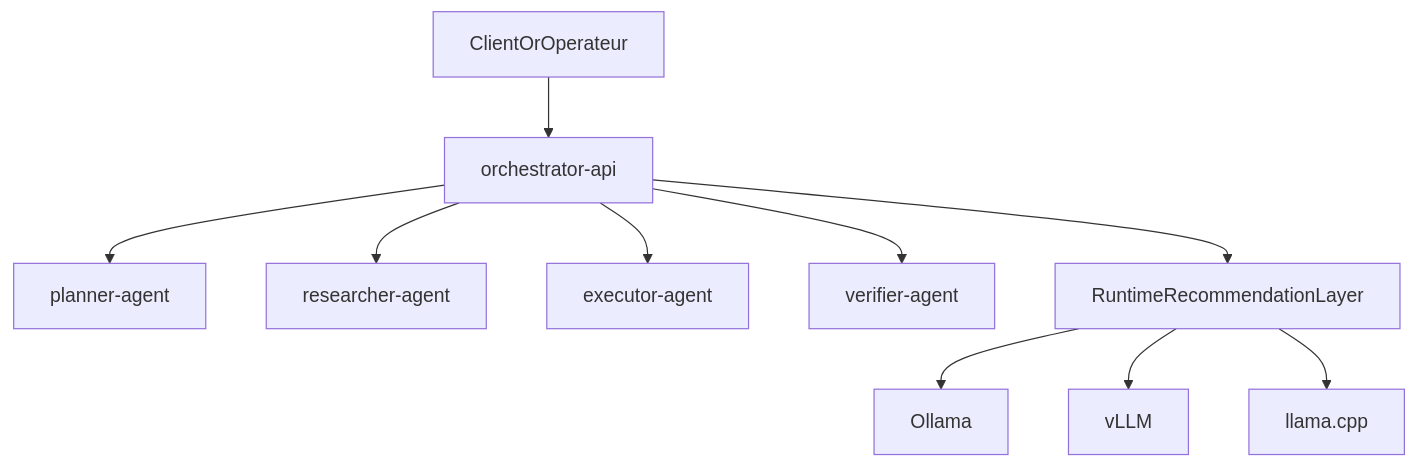
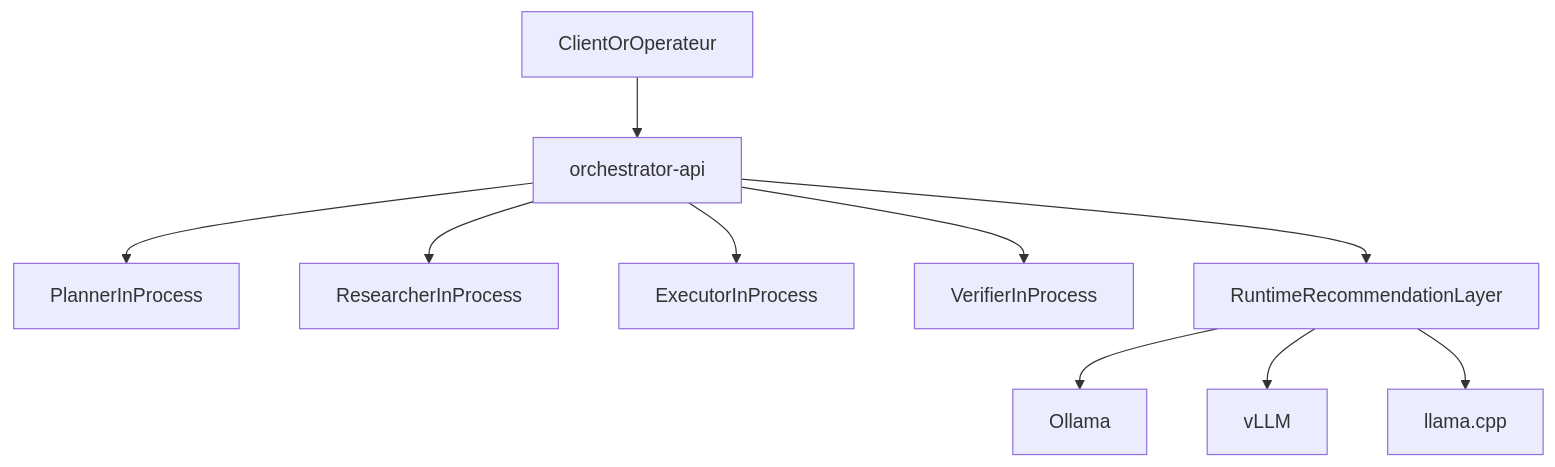
Before and after one commit to AdWav/orchestrateur: the diagram in README.md, drawn with Mermaid. The commit also changed other lines of this file and 49 other files, not shown here.

````diff
--- a/README.md
+++ b/README.md
@@ -16,12 +16,12 @@
 ```mermaid
 flowchart TD
     userClient[ClientOrOperateur] --> api[orchestrator-api]
-    api --> planner[planner-agent]
-    api --> researcher[researcher-agent]
-    api --> executor[executor-agent]
-    api --> verifier[verifier-agent]
+    api --> planner[PlannerInProcess]
+    api --> researcher[ResearcherInProcess]
+    api --> executor[ExecutorInProcess]
+    api --> verifier[VerifierInProcess]
     api --> runtime[RuntimeRecommendationLayer]
     runtime --> ollama[Ollama]
     runtime --> vllm[vLLM]
     runtime --> llamaCpp[llama.cpp]
 ```
````
